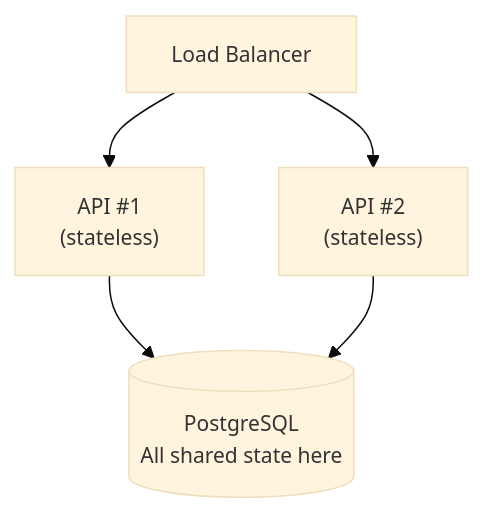
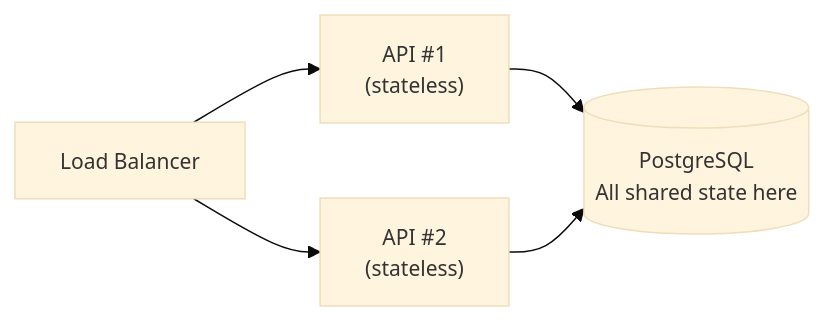
The seventh of 7 diagrams in lecture-slides-spertus/l20-distributed-architecture.mdx (neu-pdi/cs3100-public-resources), drawn with Mermaid before and after one commit. The commit also changed other lines of this file and 1 other file, not shown here.

````diff
--- a/lecture-slides-spertus/l20-distributed-architecture.mdx
+++ b/lecture-slides-spertus/l20-distributed-architecture.mdx
@@ -1577,9 +1828,9 @@
 ```mermaid
 %%{init: {'theme': 'base', 'themeVariables': { 'fontSize': '14px' }}}%%
-flowchart TB
+flowchart LR
     LB[Load Balancer]
     LB --> API1["API #1<br/>(stateless)"]
     LB --> API2["API #2<br/>(stateless)"]
     API1 --> DB[(PostgreSQL<br/>All shared state here)]
     API2 --> DB
 ```
````
